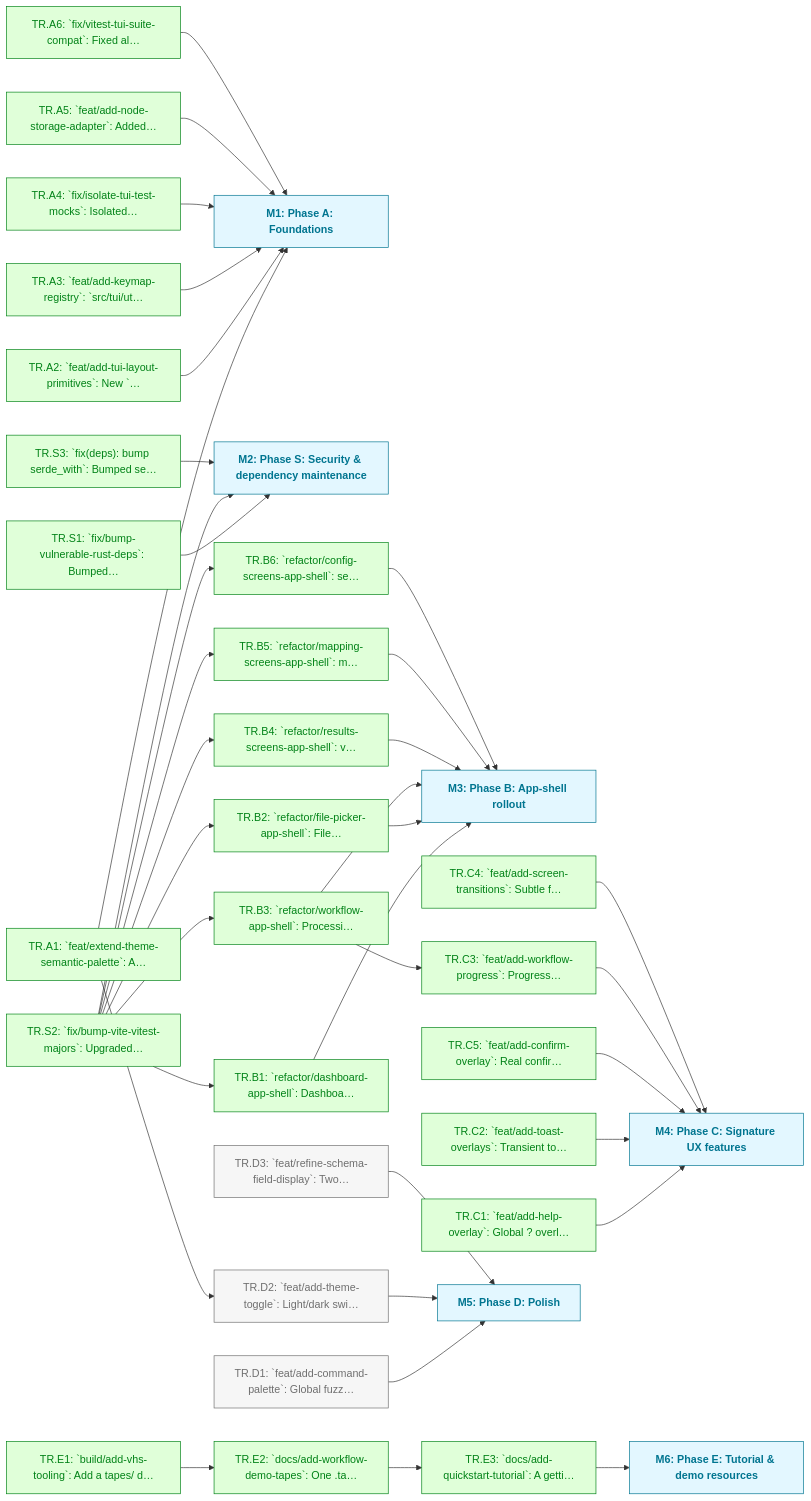
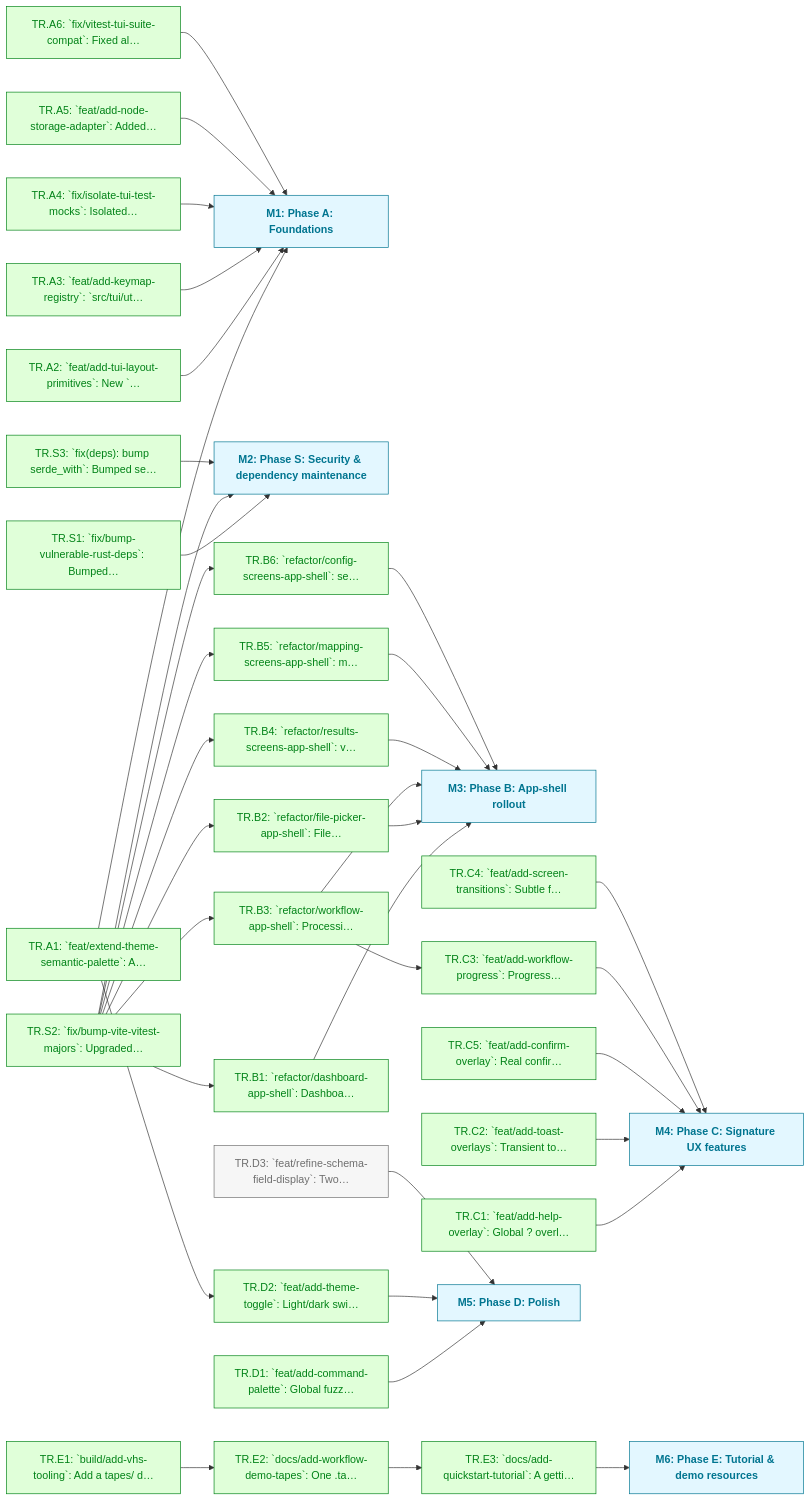
Before and after one commit to foundersandcoders/iris: the diagram in docs/roadmaps/v5a-2606/enhanced.md, drawn with Mermaid. The commit also changed other lines of this file and 1 other file, not shown here.

First line of the commit message:
docs(roadmap): sync TR.D1/D2 status and note sourceType gap

````diff
--- a/docs/roadmaps/v5a-2606/enhanced.md
+++ b/docs/roadmaps/v5a-2606/enhanced.md
@@ -102,79 +104,79 @@
 ```mermaid
 graph LR
 	classDef todo fill:#f6f6f6,stroke:#6f6f6f,color:#6f6f6f
 	classDef blocked fill:#fff8f6,stroke:#e0002b,color:#e0002b,stroke-width:2px
 	classDef paused fill:#fdf4ff,stroke:#b01fe3,color:#b01fe3,stroke-dasharray:4 3
 	classDef deferred fill:#fff8f3,stroke:#ac5c00,color:#ac5c00,stroke-dasharray:2 4,font-style:italic
 	classDef done fill:#e0ffd9,stroke:#008217,color:#008217
 	classDef outOfScope fill:#f6f6f6,stroke:#e2e2e2,color:#e2e2e2,stroke-dasharray:2 2
 	classDef mile fill:#e3f7ff,stroke:#007590,color:#007590,font-weight:bold
 	classDef external fill:#fff9e5,stroke:#7d6f00,color:#7d6f00,stroke-dasharray:4 3,font-style:italic
 	TR.A1["TR.A1: `feat/extend-theme-semantic-palette`: A…"]
 	TR.A2["TR.A2: `feat/add-tui-layout-primitives`: New `…"]
 	TR.A3["TR.A3: `feat/add-keymap-registry`: `src/tui/ut…"]
 	TR.A4["TR.A4: `fix/isolate-tui-test-mocks`: Isolated…"]
 	TR.A5["TR.A5: `feat/add-node-storage-adapter`: Added…"]
 	TR.A6["TR.A6: `fix/vitest-tui-suite-compat`: Fixed al…"]
 	M1["M1: Phase A: Foundations"]:::mile
 	TR.S1["TR.S1: `fix/bump-vulnerable-rust-deps`: Bumped…"]
 	TR.S2["TR.S2: `fix/bump-vite-vitest-majors`: Upgraded…"]
 	TR.S3["TR.S3: `fix(deps): bump serde_with`: Bumped se…"]
 	M2["M2: Phase S: Security & dependency maintenance"]:::mile
 	TR.B1["TR.B1: `refactor/dashboard-app-shell`: Dashboa…"]
 	TR.B2["TR.B2: `refactor/file-picker-app-shell`: File…"]
 	TR.B3["TR.B3: `refactor/workflow-app-shell`: Processi…"]
 	TR.B4["TR.B4: `refactor/results-screens-app-shell`: v…"]
 	TR.B5["TR.B5: `refactor/mapping-screens-app-shell`: m…"]
 	TR.B6["TR.B6: `refactor/config-screens-app-shell`: se…"]
 	M3["M3: Phase B: App-shell rollout"]:::mile
 	TR.C1["TR.C1: `feat/add-help-overlay`: Global ? overl…"]
 	TR.C2["TR.C2: `feat/add-toast-overlays`: Transient to…"]
 	TR.C5["TR.C5: `feat/add-confirm-overlay`: Real confir…"]
 	TR.C3["TR.C3: `feat/add-workflow-progress`: Progress…"]
 	TR.C4["TR.C4: `feat/add-screen-transitions`: Subtle f…"]
 	M4["M4: Phase C: Signature UX features"]:::mile
 	TR.D1["TR.D1: `feat/add-command-palette`: Global fuzz…"]
 	TR.D2["TR.D2: `feat/add-theme-toggle`: Light/dark swi…"]
 	TR.D3["TR.D3: `feat/refine-schema-field-display`: Two…"]
 	M5["M5: Phase D: Polish"]:::mile
 	TR.E1["TR.E1: `build/add-vhs-tooling`: Add a tapes/ d…"]
 	TR.E2["TR.E2: `docs/add-workflow-demo-tapes`: One .ta…"]
 	TR.E3["TR.E3: `docs/add-quickstart-tutorial`: A getti…"]
 	M6["M6: Phase E: Tutorial & demo resources"]:::mile
 	TR.A1 --> M1
 	TR.A1 --> TR.D2
 	TR.A2 --> M1
 	TR.A3 --> M1
 	TR.A4 --> M1
 	TR.A5 --> M1
 	TR.A6 --> M1
 	TR.S1 --> M2
 	TR.S2 --> M2
 	TR.S3 --> M2
 	TR.S2 --> TR.B1
 	TR.S2 --> TR.B2
 	TR.S2 --> TR.B3
 	TR.S2 --> TR.B4
 	TR.S2 --> TR.B5
 	TR.S2 --> TR.B6
 	TR.B1 --> M3
 	TR.B2 --> M3
 	TR.B3 --> M3
 	TR.B3 --> TR.C3
 	TR.B4 --> M3
 	TR.B5 --> M3
 	TR.B6 --> M3
 	TR.C1 --> M4
 	TR.C2 --> M4
 	TR.C5 --> M4
 	TR.C3 --> M4
 	TR.C4 --> M4
 	TR.D1 --> M5
 	TR.D2 --> M5
 	TR.D3 --> M5
 	TR.E1 --> TR.E2
 	TR.E2 --> TR.E3
 	TR.E3 --> M6
-	class TR.D1,TR.D2,TR.D3 todo
-	class TR.A1,TR.A2,TR.A3,TR.A4,TR.A5,TR.A6,TR.B1,TR.B2,TR.B3,TR.B4,TR.B5,TR.B6,TR.C1,TR.C2,TR.C3,TR.C4,TR.C5,TR.E1,TR.E2,TR.E3,TR.S1,TR.S2,TR.S3 done
+	class TR.D3 todo
+	class TR.A1,TR.A2,TR.A3,TR.A4,TR.A5,TR.A6,TR.B1,TR.B2,TR.B3,TR.B4,TR.B5,TR.B6,TR.C1,TR.C2,TR.C3,TR.C4,TR.C5,TR.D1,TR.D2,TR.E1,TR.E2,TR.E3,TR.S1,TR.S2,TR.S3 done
 ```
````
